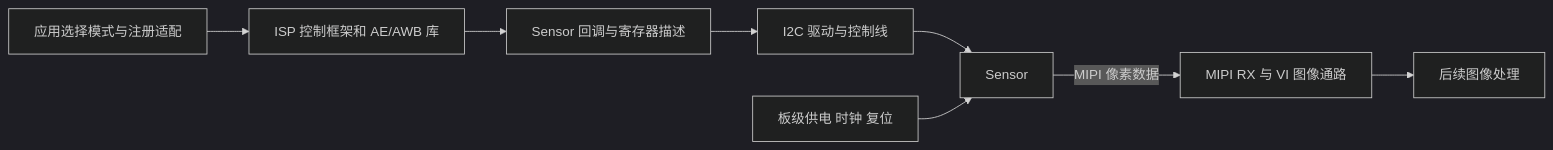
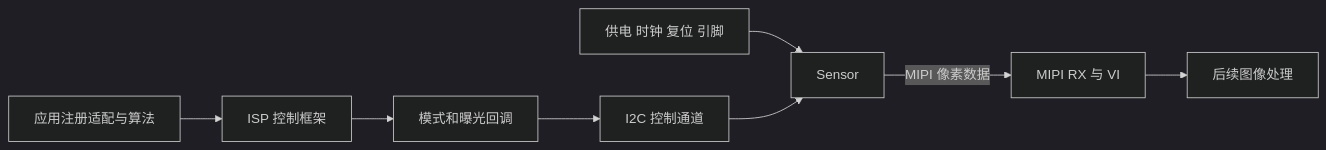
One commit to Bamboo-tt/Hi3516_Data_Transmission changed the first of 2 diagrams in docs/Hi3516CV610_项目学习/03_板级资源与Sensor适配.md. Above: the diagram before and after it, drawn with Mermaid (dark theme). The commit also changed other lines of this file and 23 other files, not shown here.

Commit message:
docs: refine Hi3516 learning guide and architecture analysis

````diff
--- a/docs/Hi3516CV610_项目学习/03_板级资源与Sensor适配.md
+++ b/docs/Hi3516CV610_项目学习/03_板级资源与Sensor适配.md
@@ -13,10 +17,10 @@
 ```mermaid
 flowchart LR
-    APP[应用选择模式与注册适配] --> ISP[ISP 控制框架和 AE/AWB 库]
-    ISP --> CB[Sensor 回调与寄存器描述]
-    CB --> CTL[I2C 驱动与控制线]
-    CTL --> SNS[Sensor]
-    CLK[板级供电 时钟 复位] --> SNS
-    SNS -->|MIPI 像素数据| RX[MIPI RX 与 VI 图像通路]
-    RX --> PIX[后续图像处理]
+    APP[应用注册适配与算法] --> FW[ISP 控制框架]
+    FW --> CB[模式和曝光回调]
+    CB --> I2C[I2C 控制通道]
+    P[供电 时钟 复位 引脚] --> SNS[Sensor]
+    I2C --> SNS
+    SNS -->|MIPI 像素数据| RX[MIPI RX 与 VI]
+    RX --> PIPE[后续图像处理]
 ```
````
